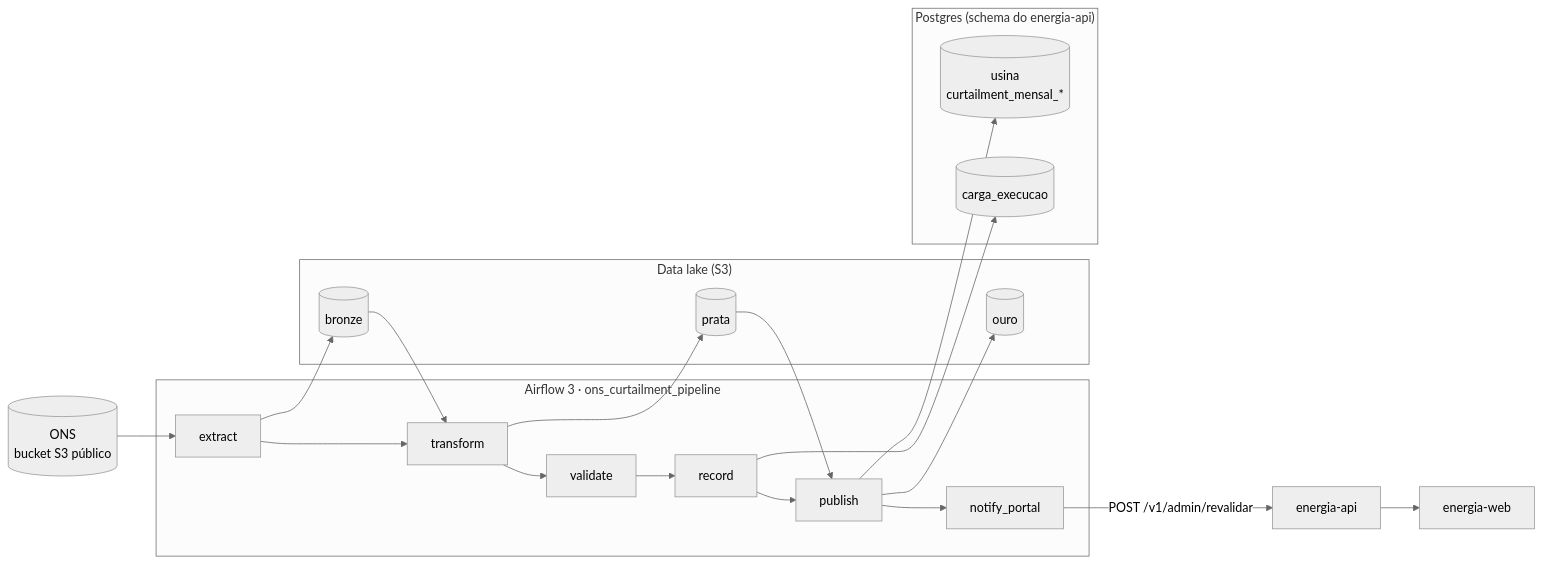
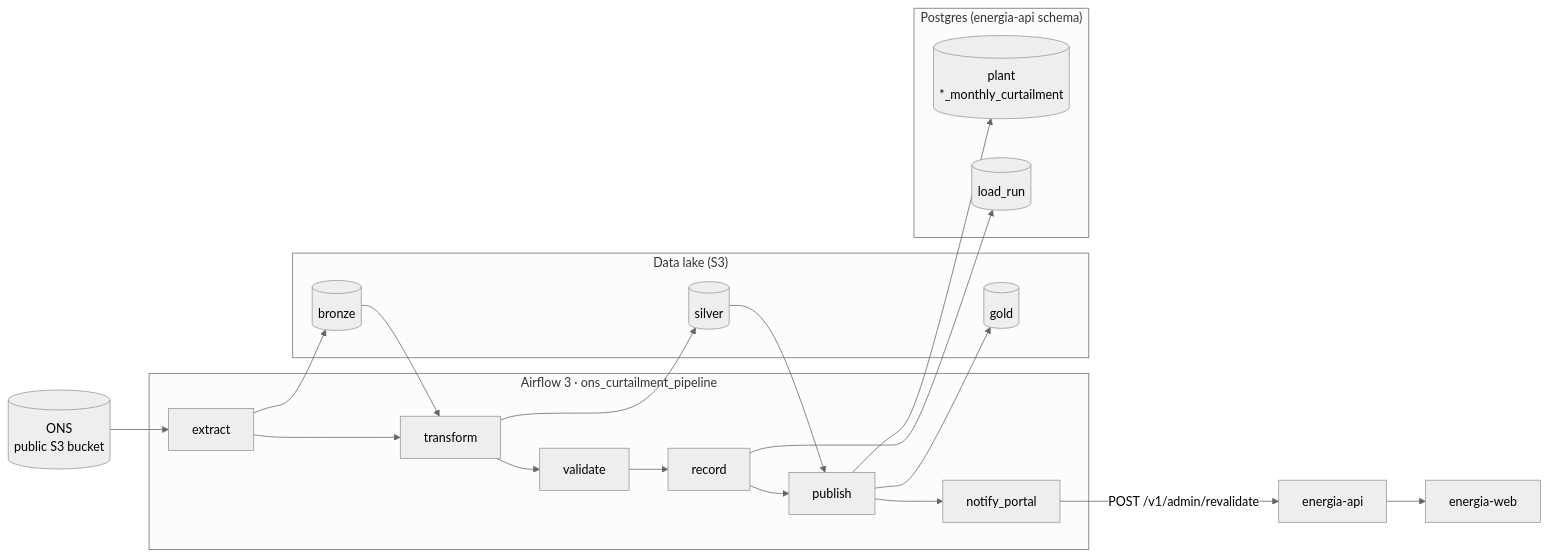
One commit to LeonardoMatos07/energia-data changed the diagram in README.md. Above: the diagram before and after it, drawn with Mermaid (neutral theme). The commit also changed other lines of this file and 33 other files, not shown here.

````diff
--- a/README.md
+++ b/README.md
@@ -25,21 +25,21 @@
 ```mermaid
 flowchart LR
-    ONS[("ONS<br/>bucket S3 público")]
+    ONS[("ONS<br/>public S3 bucket")]
     subgraph Airflow["Airflow 3 · ons_curtailment_pipeline"]
         E[extract] --> T[transform] --> V[validate] --> R[record]
         R --> P[publish] --> N[notify_portal]
     end
     subgraph Lake["Data lake (S3)"]
         B[(bronze)]
-        PR[(prata)]
-        O[(ouro)]
+        S[(silver)]
+        G[(gold)]
     end
-    subgraph PG["Postgres (schema do energia-api)"]
-        T1[(usina<br/>curtailment_mensal_*)]
-        T2[(carga_execucao)]
+    subgraph PG["Postgres (energia-api schema)"]
+        T1[(plant<br/>*_monthly_curtailment)]
+        T2[(load_run)]
     end
-    ONS --> E --> B --> T --> PR --> P --> O
+    ONS --> E --> B --> T --> S --> P --> G
     P --> T1
     R --> T2
-    N -->|POST /v1/admin/revalidar| API[energia-api] --> WEB[energia-web]
+    N -->|POST /v1/admin/revalidate| API[energia-api] --> WEB[energia-web]
 ```
````
